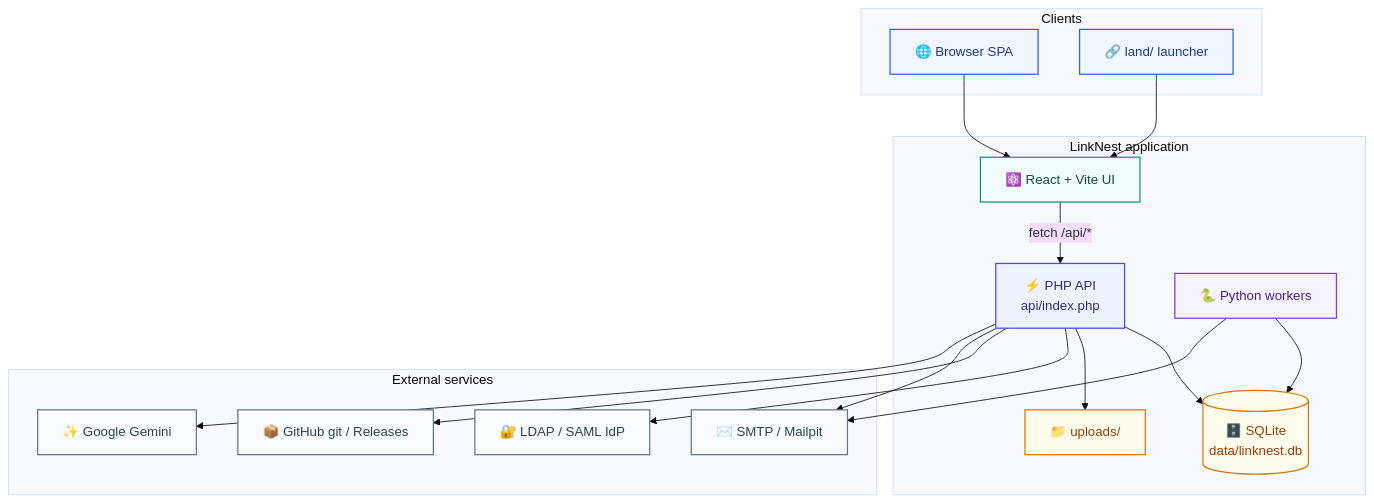
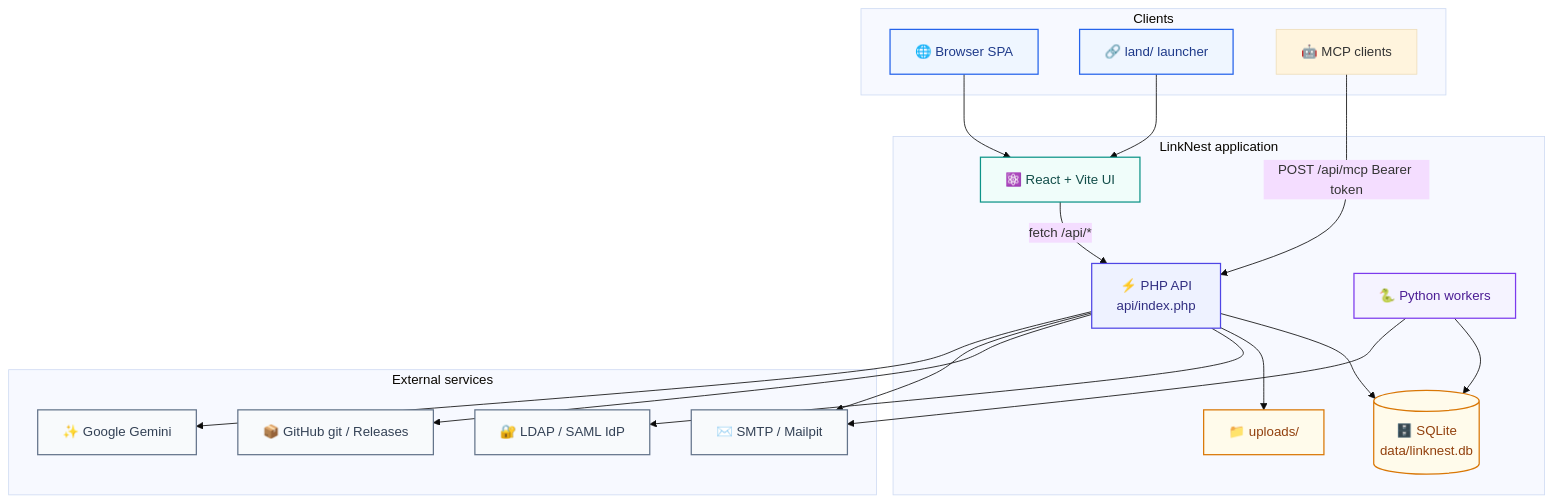
The first of 12 diagrams in docs/ARCHITECTURE.md (zafrullakhan001/linknest), drawn with Mermaid (base theme) before and after one commit. The commit also changed 33 other files, not shown here.

````diff
--- a/docs/ARCHITECTURE.md
+++ b/docs/ARCHITECTURE.md
@@ -9,48 +9,50 @@
 ```mermaid
 flowchart TB
   subgraph Clients["Clients"]
     Browser["🌐 Browser SPA"]
     Land["🔗 land/ launcher"]
+    Mcp["🤖 MCP clients"]
   end
 
   subgraph App["LinkNest application"]
     Vite["⚛️ React + Vite UI"]
     API["⚡ PHP API<br/>api/index.php"]
     DB[("🗄️ SQLite<br/>data/linknest.db")]
     Uploads["📁 uploads/"]
     Workers["🐍 Python workers"]
   end
 
   subgraph External["External services"]
     LDAP["🔐 LDAP / SAML IdP"]
     GitHub["📦 GitHub git / Releases"]
     SMTP["✉️ SMTP / Mailpit"]
     Gemini["✨ Google Gemini"]
   end
 
   Browser --> Vite
   Land --> Vite
+  Mcp -->|"POST /api/mcp Bearer token"| API
   Vite -->|"fetch /api/*"| API
   API --> DB
   API --> Uploads
   API --> LDAP
   API --> GitHub
   API --> SMTP
   API --> Gemini
   Workers --> DB
   Workers --> SMTP
 
   classDef client fill:#EFF6FF,stroke:#2563EB,color:#1E3A8A,stroke-width:1.5px
   classDef ui fill:#F0FDFA,stroke:#0D9488,color:#134E4A,stroke-width:1.5px
   classDef api fill:#EEF2FF,stroke:#4F46E5,color:#312E81,stroke-width:1.5px
   classDef data fill:#FFFBEB,stroke:#D97706,color:#92400E,stroke-width:1.5px
   classDef work fill:#F5F3FF,stroke:#7C3AED,color:#4C1D95,stroke-width:1.5px
   classDef ext fill:#F8FAFC,stroke:#64748B,color:#334155,stroke-width:1.5px
 
   class Browser,Land client
   class Vite ui
   class API api
   class DB,Uploads data
   class Workers work
   class LDAP,GitHub,SMTP,Gemini ext
 ```
````
